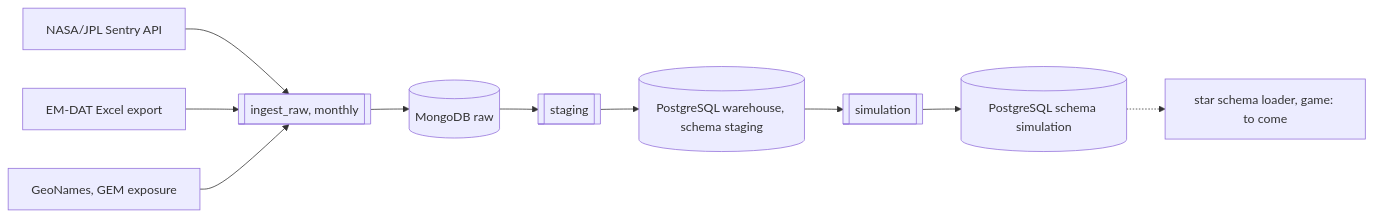
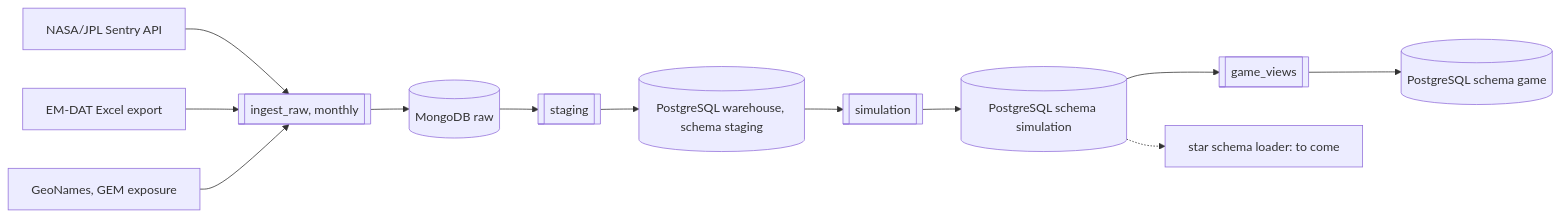
One commit to NgoHung0704/ot7-projet changed the diagram in README.md. Above: the diagram before and after it, drawn with Mermaid. The commit also changed other lines of this file and 7 other files, not shown here.

First line of the commit message:
feat(game): publish read-only views for the game

````diff
--- a/README.md
+++ b/README.md
@@ -103,12 +104,14 @@
 ```mermaid
 flowchart LR
   S[NASA/JPL Sentry API] --> I
   E[EM-DAT Excel export] --> I
   G[GeoNames, GEM exposure] --> I
   I[[ingest_raw, monthly]] --> M[(MongoDB raw)]
   M --> T[[staging]]
   T --> P[(PostgreSQL warehouse, schema staging)]
   P --> S2[[simulation]]
   S2 --> R[(PostgreSQL schema simulation)]
-  R -.-> N[star schema loader, game: to come]
+  R --> V[[game_views]]
+  V --> GV[(PostgreSQL schema game)]
+  R -.-> N[star schema loader: to come]
 ```
````
